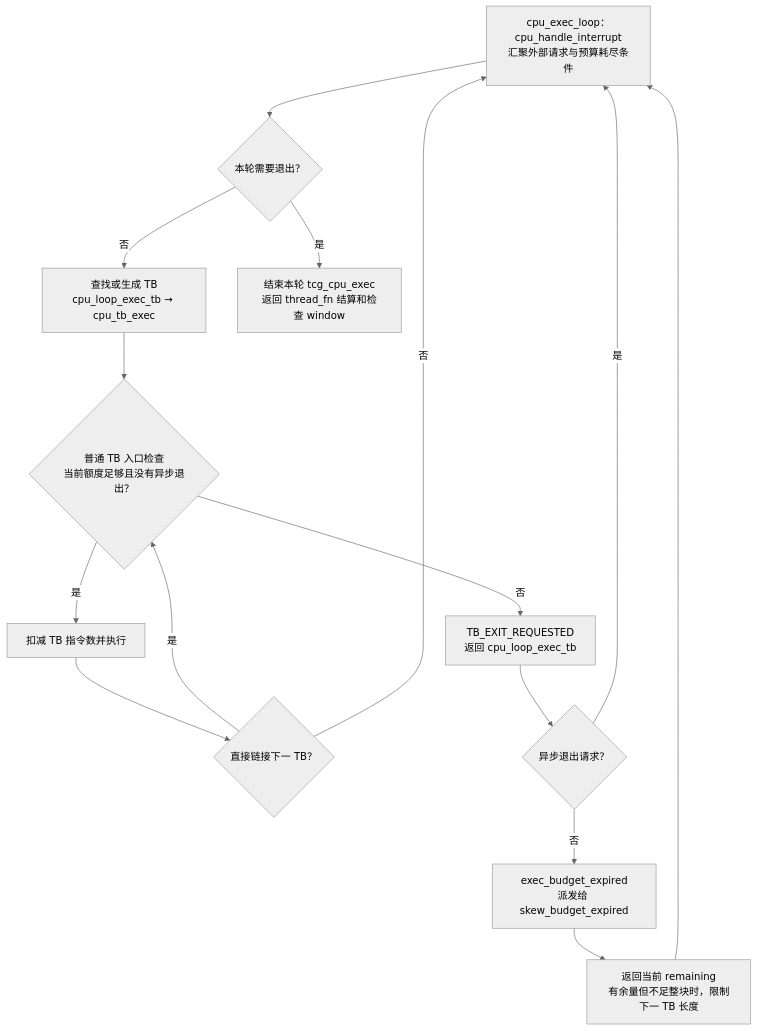
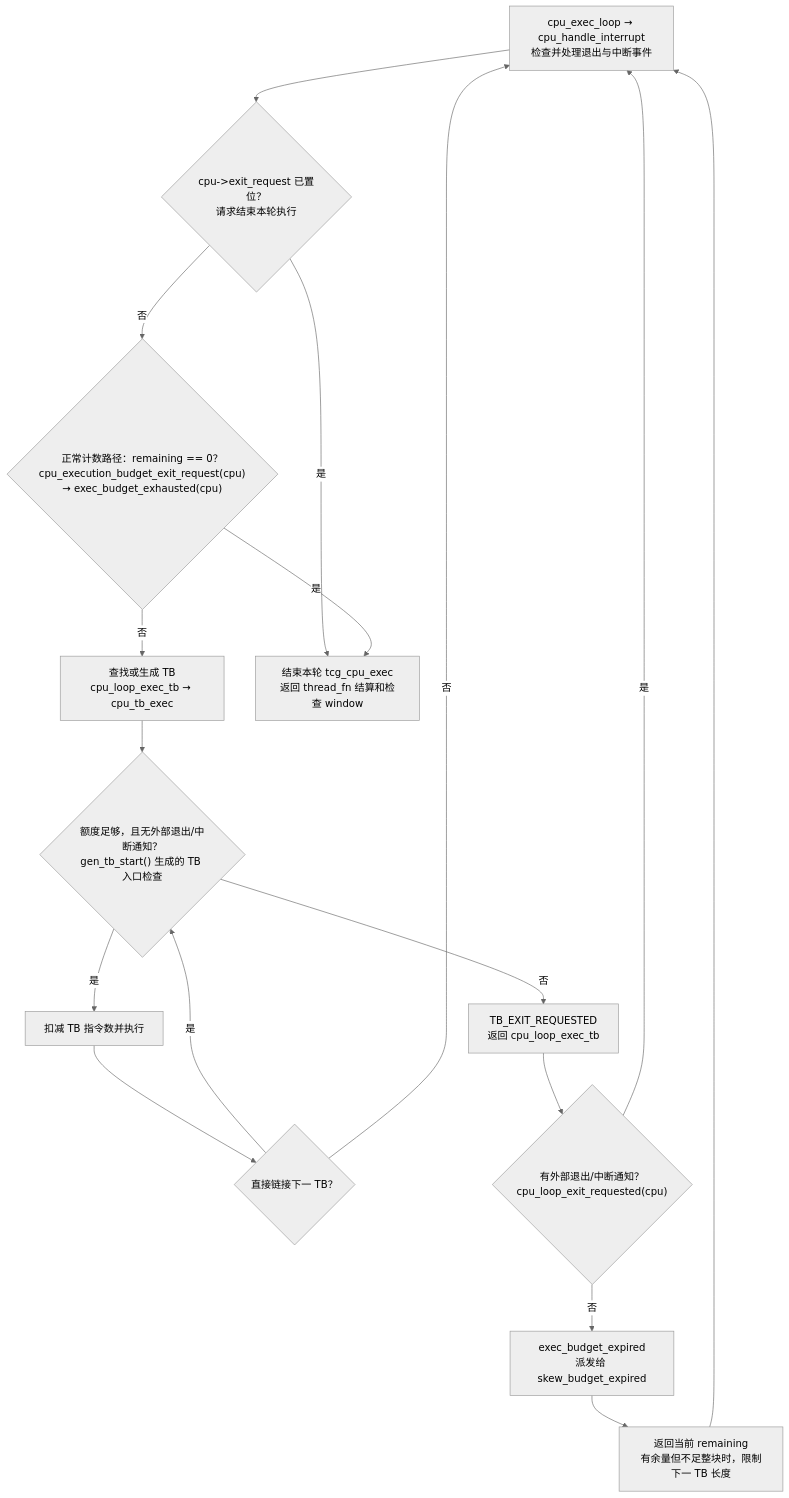
One commit to Andy-HNU/qemu_skew_timer changed the second of 2 diagrams in docs/clock-model/SKEW_CODE_WIKI_zh.md. Above: the diagram before and after it, drawn with Mermaid (neutral theme). The commit also changed other lines of this file, not shown here.

Commit message:
docs: clarify TCG exit conditions and link their interfaces

````diff
--- a/docs/clock-model/SKEW_CODE_WIKI_zh.md
+++ b/docs/clock-model/SKEW_CODE_WIKI_zh.md
@@ -146,23 +146,26 @@
 ```mermaid
 flowchart TD
-    A["cpu_exec_loop：cpu_handle_interrupt<br/>汇聚外部请求与预算耗尽条件"]
-    B{"本轮需要退出？"}
+    A["cpu_exec_loop → cpu_handle_interrupt<br/>检查并处理退出与中断事件"]
+    B{"cpu->exit_request 已置位？<br/>请求结束本轮执行"}
+    Q{"正常计数路径：remaining == 0？<br/>cpu_execution_budget_exit_request(cpu)<br/>→ exec_budget_exhausted(cpu)"}
     C["查找或生成 TB<br/>cpu_loop_exec_tb → cpu_tb_exec"]
-    D{"普通 TB 入口检查<br/>当前额度足够且没有异步退出？"}
+    D{"额度足够，且无外部退出/中断通知？<br/>gen_tb_start() 生成的 TB 入口检查"}
     E["扣减 TB 指令数并执行"]
     F{"直接链接下一 TB？"}
     G["TB_EXIT_REQUESTED<br/>返回 cpu_loop_exec_tb"]
-    H{"异步退出请求？"}
+    H{"有外部退出/中断通知？<br/>cpu_loop_exit_requested(cpu)"}
     I["exec_budget_expired<br/>派发给 skew_budget_expired"]
     J["返回当前 remaining<br/>有余量但不足整块时，限制下一 TB 长度"]
     X["结束本轮 tcg_cpu_exec<br/>返回 thread_fn 结算和检查 window"]
     A --> B
     B -->|是| X
-    B -->|否| C --> D
+    B -->|否| Q
+    Q -->|是| X
+    Q -->|否| C --> D
     D -->|是| E --> F
     F -->|是| D
     F -->|否| A
     D -->|否| G --> H
     H -->|是| A
     H -->|否| I --> J --> A
 ```
````
